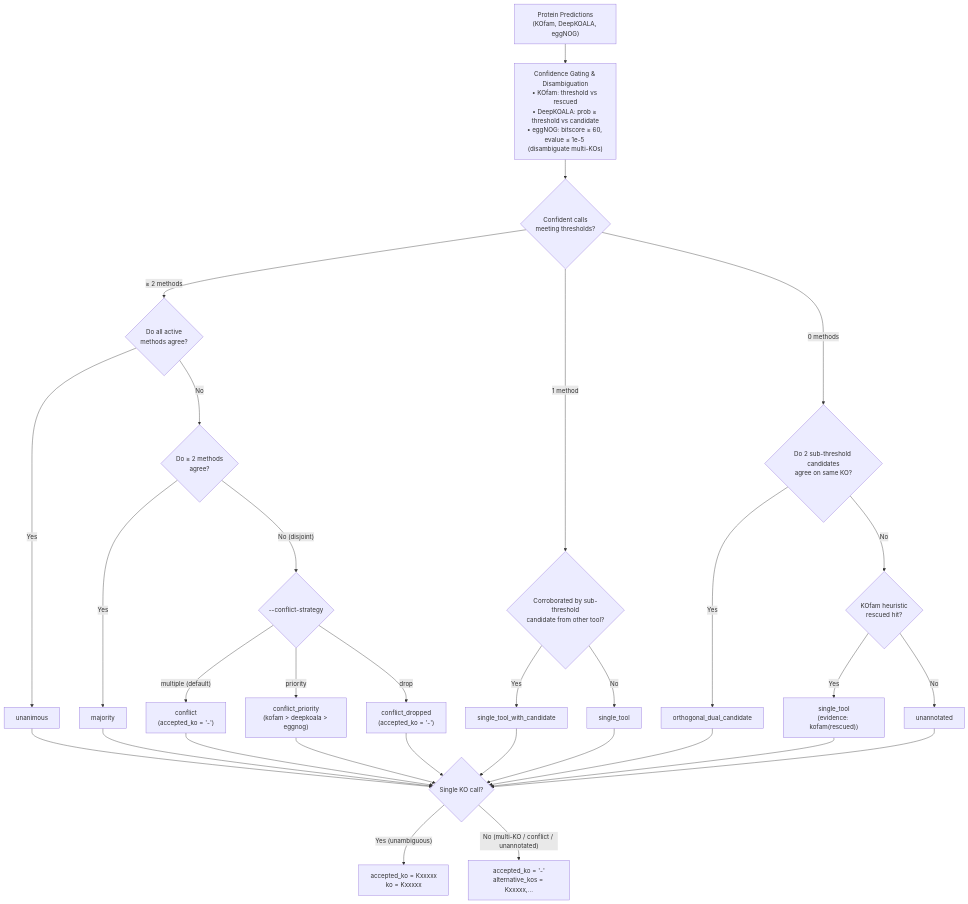
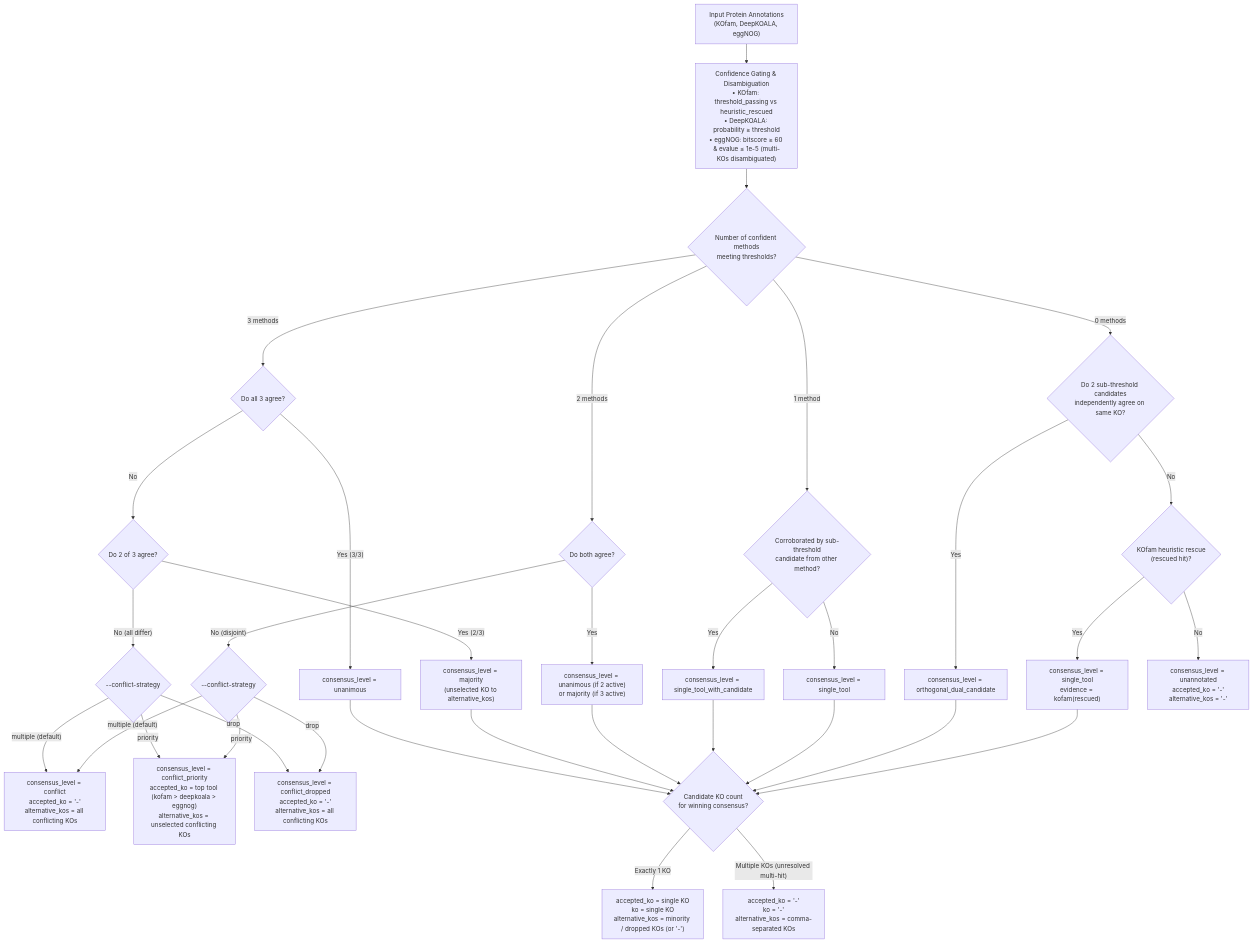
One commit to dylancronin/kolach changed the diagram in README.md. Above: the diagram before and after it, drawn with Mermaid.

````diff
--- a/README.md
+++ b/README.md
@@ -82,40 +82,52 @@
 ```mermaid
 flowchart TD
-    Start["Protein Predictions<br/>(KOfam, DeepKOALA, eggNOG)"] --> Gating["Confidence Gating & Disambiguation<br/>• KOfam: threshold vs rescued<br/>• DeepKOALA: prob ≥ threshold vs candidate<br/>• eggNOG: bitscore ≥ 60, evalue ≤ 1e-5 (disambiguate multi-KOs)"]
+    Start["Input Protein Annotations<br/>(KOfam, DeepKOALA, eggNOG)"] --> Filter["Confidence Gating & Disambiguation<br/>• KOfam: threshold_passing vs heuristic_rescued<br/>• DeepKOALA: probability ≥ threshold<br/>• eggNOG: bitscore ≥ 60 & evalue ≤ 1e-5 (multi-KOs disambiguated)"]
 
-    Gating --> Count{"Confident calls<br/>meeting thresholds?"}
+    Filter --> Count{"Number of confident methods<br/>meeting thresholds?"}
 
-    Count -->|"≥ 2 methods"| AgreeAll{"Do all active<br/>methods agree?"}
-    AgreeAll -->|"Yes"| Unanimous["unanimous"]
-    AgreeAll -->|"No"| AgreePair{"Do ≥ 2 methods<br/>agree?"}
-    AgreePair -->|"Yes"| Majority["majority"]
-    AgreePair -->|"No (disjoint)"| ConflictStrat{"--conflict-strategy"}
-    ConflictStrat -->|"multiple (default)"| Conflict["conflict<br/>(accepted_ko = '-')"]
-    ConflictStrat -->|"priority"| ConflictPri["conflict_priority<br/>(kofam > deepkoala > eggnog)"]
-    ConflictStrat -->|"drop"| ConflictDrop["conflict_dropped<br/>(accepted_ko = '-')"]
+    %% 3 Methods
+    Count -->|"3 methods"| ThreeAgree{"Do all 3 agree?"}
+    ThreeAgree -->|"Yes (3/3)"| Unanimous3["consensus_level = unanimous"]
+    ThreeAgree -->|"No"| TwoAgree3{"Do 2 of 3 agree?"}
+    TwoAgree3 -->|"Yes (2/3)"| Majority3["consensus_level = majority<br/>(unselected KO to alternative_kos)"]
+    TwoAgree3 -->|"No (all differ)"| Conflict3{"--conflict-strategy"}
 
-    Count -->|"1 method"| CheckCand{"Corroborated by sub-threshold<br/>candidate from other tool?"}
-    CheckCand -->|"Yes"| SingleCand["single_tool_with_candidate"]
-    CheckCand -->|"No"| Single["single_tool"]
+    %% 2 Methods
+    Count -->|"2 methods"| TwoAgree{"Do both agree?"}
+    TwoAgree -->|"Yes"| Agreed2["consensus_level = unanimous (if 2 active)<br/>or majority (if 3 active)"]
+    TwoAgree -->|"No (disjoint)"| Conflict2{"--conflict-strategy"}
 
-    Count -->|"0 methods"| CheckDual{"Do 2 sub-threshold candidates<br/>agree on same KO?"}
-    CheckDual -->|"Yes"| DualCand["orthogonal_dual_candidate"]
-    CheckDual -->|"No"| CheckRescued{"KOfam heuristic<br/>rescued hit?"}
-    CheckRescued -->|"Yes"| Rescued["single_tool<br/>(evidence: kofam(rescued))"]
-    CheckRescued -->|"No"| Unannotated["unannotated"]
+    %% Conflict resolution
+    Conflict3 -->|"multiple (default)"| ConfMult["consensus_level = conflict<br/>accepted_ko = '-'<br/>alternative_kos = all conflicting KOs"]
+    Conflict3 -->|"priority"| ConfPri["consensus_level = conflict_priority<br/>accepted_ko = top tool (kofam > deepkoala > eggnog)<br/>alternative_kos = unselected conflicting KOs"]
+    Conflict3 -->|"drop"| ConfDrop["consensus_level = conflict_dropped<br/>accepted_ko = '-'<br/>alternative_kos = all conflicting KOs"]
 
-    Unanimous --> OutputAssign
-    Majority --> OutputAssign
-    Conflict --> OutputAssign
-    ConflictPri --> OutputAssign
-    ConflictDrop --> OutputAssign
-    SingleCand --> OutputAssign
-    Single --> OutputAssign
-    DualCand --> OutputAssign
-    Rescued --> OutputAssign
-    Unannotated --> OutputAssign
+    Conflict2 -->|"multiple (default)"| ConfMult
+    Conflict2 -->|"priority"| ConfPri
+    Conflict2 -->|"drop"| ConfDrop
 
-    OutputAssign{"Single KO call?"}
-    OutputAssign -->|"Yes (unambiguous)"| AcceptedOut["accepted_ko = Kxxxxx<br/>ko = Kxxxxx"]
-    OutputAssign -->|"No (multi-KO / conflict / unannotated)"| AltOut["accepted_ko = '-'<br/>alternative_kos = Kxxxxx,..."]
+    %% 1 Method
+    Count -->|"1 method"| CheckCand{"Corroborated by sub-threshold<br/>candidate from other method?"}
+    CheckCand -->|"Yes"| SingleCand["consensus_level = single_tool_with_candidate"]
+    CheckCand -->|"No"| Single1["consensus_level = single_tool"]
+
+    %% 0 Methods
+    Count -->|"0 methods"| CheckDual{"Do 2 sub-threshold candidates<br/>independently agree on same KO?"}
+    CheckDual -->|"Yes"| DualCand["consensus_level = orthogonal_dual_candidate"]
+    CheckDual -->|"No"| CheckRescued{"KOfam heuristic rescue<br/>(rescued hit)?"}
+    CheckRescued -->|"Yes"| Rescued["consensus_level = single_tool<br/>evidence = kofam(rescued)"]
+    CheckRescued -->|"No"| Unannotated["consensus_level = unannotated<br/>accepted_ko = '-'<br/>alternative_kos = '-'"]
+
+    %% Final Routing
+    Unanimous3 --> FinalRouting
+    Majority3 --> FinalRouting
+    Agreed2 --> FinalRouting
+    SingleCand --> FinalRouting
+    Single1 --> FinalRouting
+    DualCand --> FinalRouting
+    Rescued --> FinalRouting
+
+    FinalRouting{"Candidate KO count<br/>for winning consensus?"}
+    FinalRouting -->|"Exactly 1 KO"| SingleKO["accepted_ko = single KO<br/>ko = single KO<br/>alternative_kos = minority / dropped KOs (or '-')"]
+    FinalRouting -->|"Multiple KOs (unresolved multi-hit)"| MultiKO["accepted_ko = '-'<br/>ko = '-'<br/>alternative_kos = comma-separated KOs"]
 ```
````
